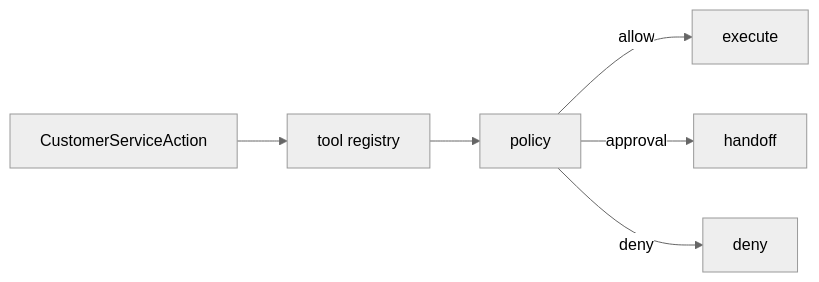
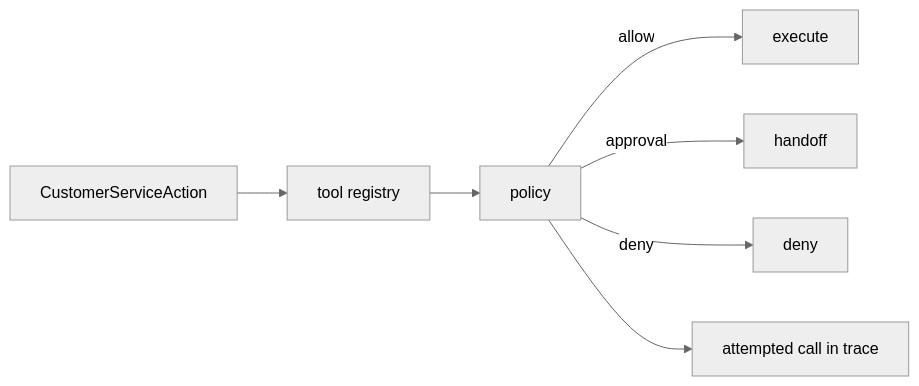
One commit to ImWenyaoT/chatty changed diagram 15 of 24 in docs/design.md. Above: the diagram before and after it, drawn with Mermaid (neutral theme). The commit also changed other lines of this file and 2 other files, not shown here.

````diff
--- a/docs/design.md
+++ b/docs/design.md
@@ -275,8 +281,9 @@
 ```mermaid
 flowchart LR
   Action["CustomerServiceAction"] --> Registry["tool registry"]
   Registry --> Policy["policy"]
   Policy -->|"allow"| Run["execute"]
   Policy -->|"approval"| Handoff["handoff"]
   Policy -->|"deny"| Deny["deny"]
+  Policy --> Trace["attempted call in trace"]
 ```
````
